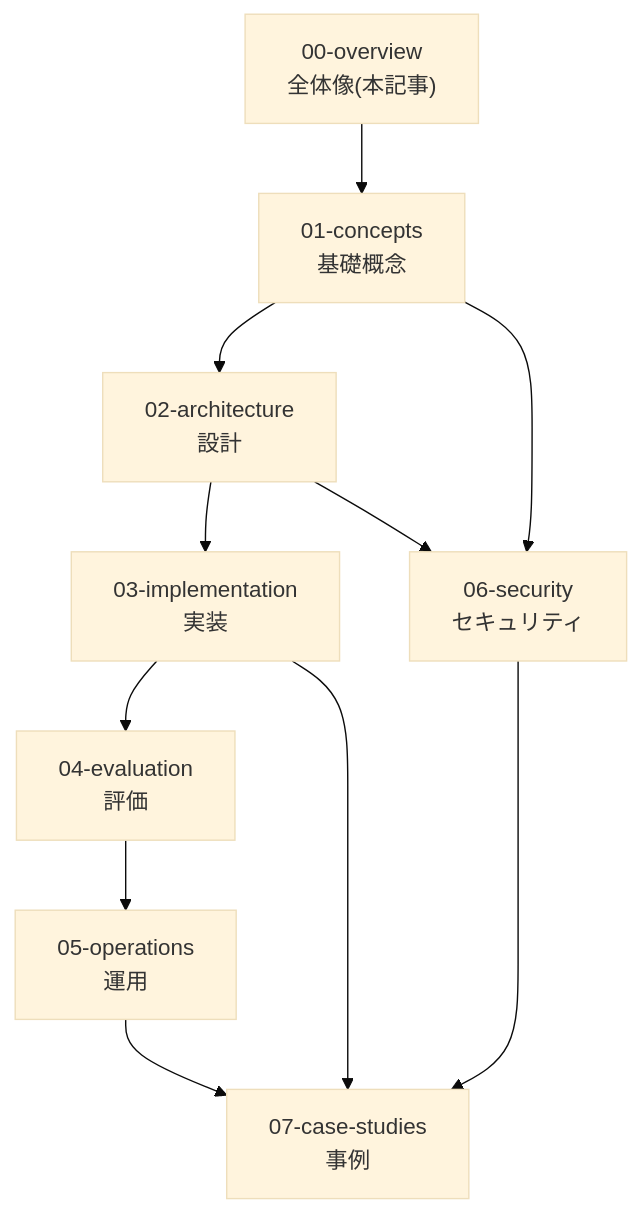
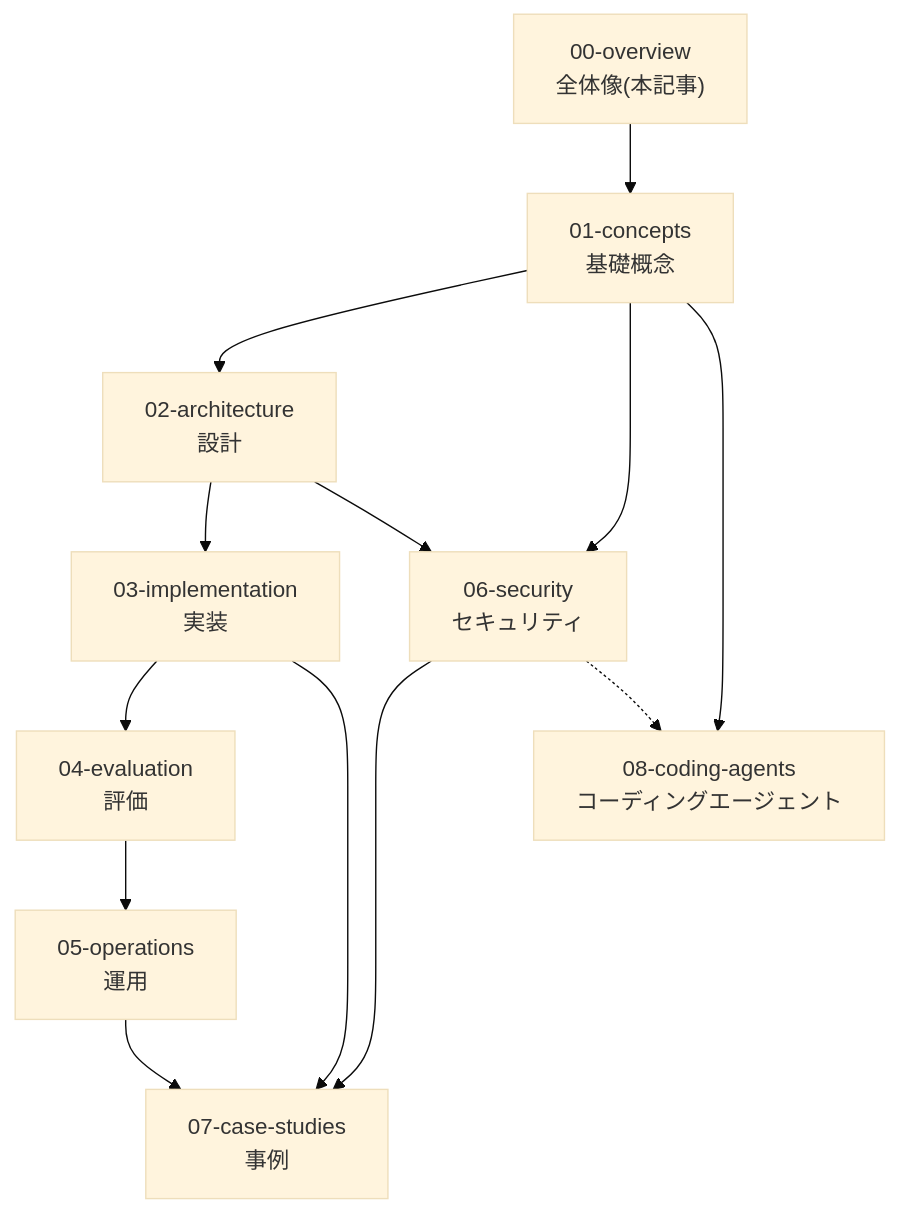
Before and after one commit to pero3dev/ai-agent-library: the diagram in docs/00-overview/learning-roadmap.md, drawn with Mermaid (base theme). The commit also changed other lines of this file and 42 other files, not shown here.

First line of the commit message:
Phase A: AI コーディングエージェント章(docs/08-coding-agents)を追加

````diff
--- a/docs/00-overview/learning-roadmap.md
+++ b/docs/00-overview/learning-roadmap.md
@@ -32,13 +32,15 @@
 ```mermaid
 flowchart TD
     O["00-overview<br/>全体像(本記事)"] --> C1["01-concepts<br/>基礎概念"]
     C1 --> A2["02-architecture<br/>設計"]
     A2 --> I3["03-implementation<br/>実装"]
     I3 --> E4["04-evaluation<br/>評価"]
     E4 --> P5["05-operations<br/>運用"]
     C1 --> S6["06-security<br/>セキュリティ"]
     A2 --> S6
     I3 --> CS7["07-case-studies<br/>事例"]
     S6 --> CS7
     P5 --> CS7
+    C1 --> CA8["08-coding-agents<br/>コーディングエージェント"]
+    S6 -.-> CA8
 ```
````
